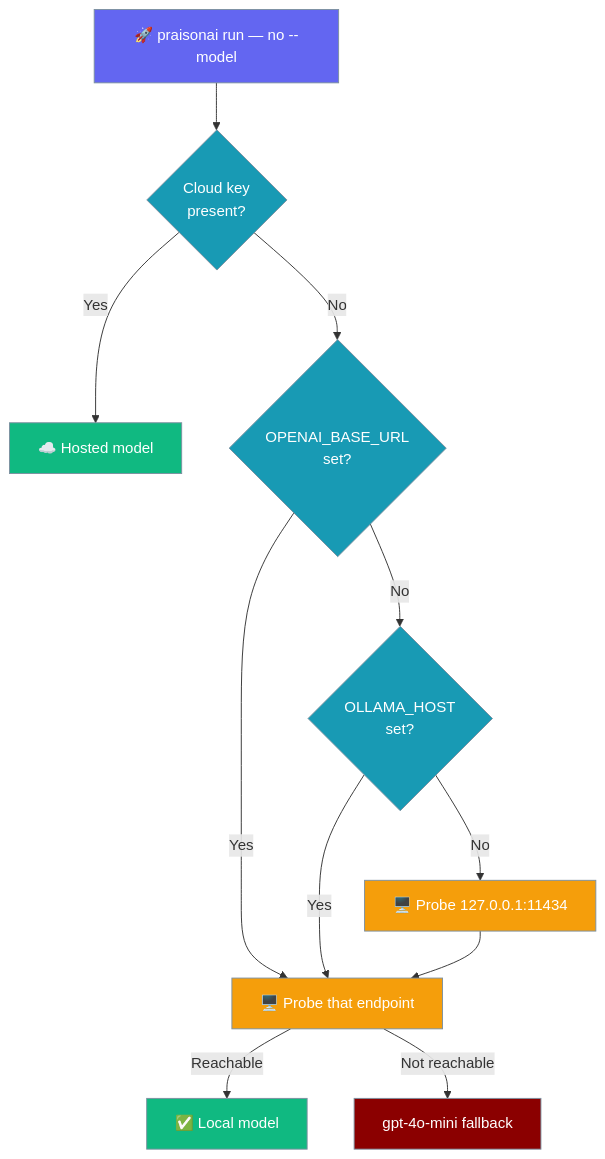
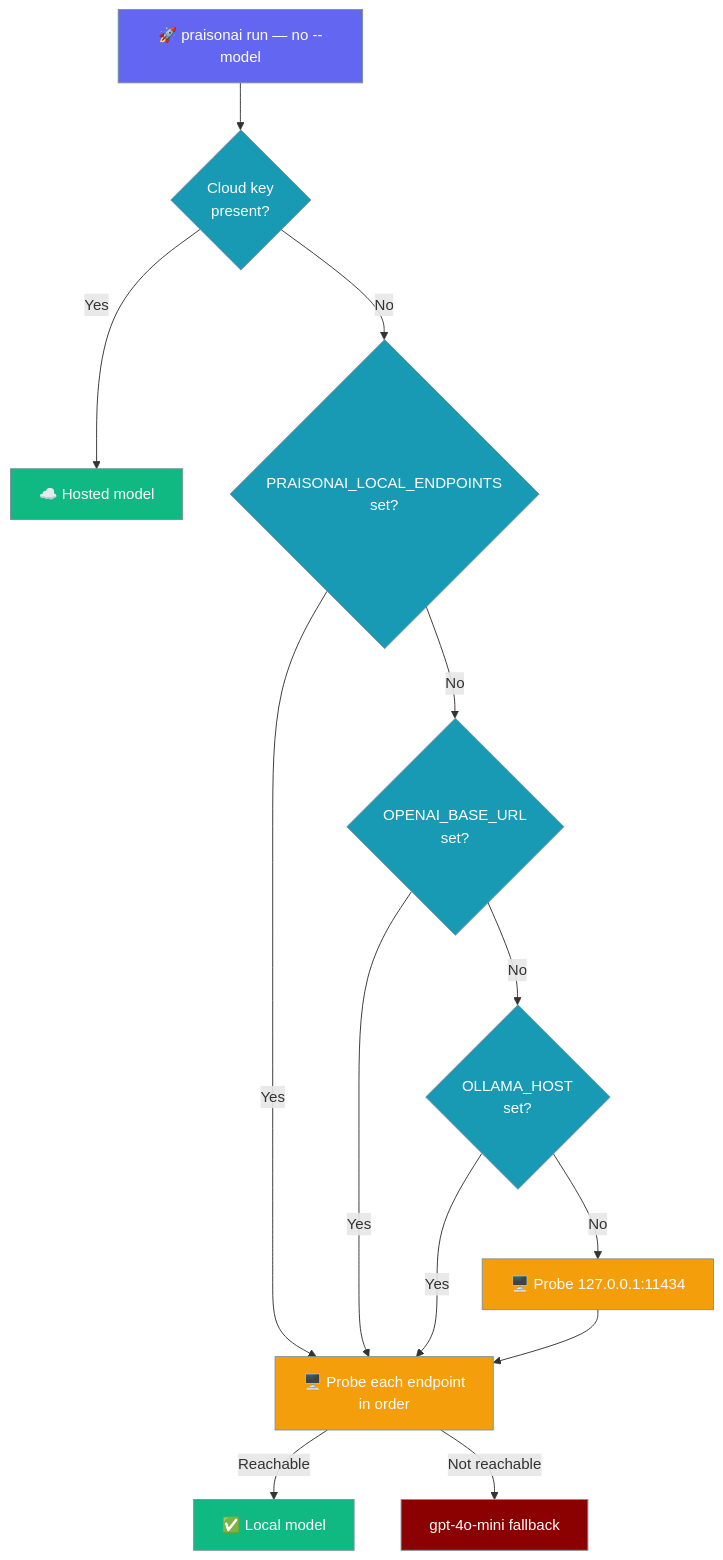
Before and after one commit to MervinPraison/PraisonAIDocs: the second of 2 diagrams in docs/features/keyless-local-first-run.mdx, drawn with Mermaid. The commit also changed other lines of this file, not shown here.

Commit message:
docs: document keyless PRAISONAI_LOCAL_ENDPOINTS and widened runtime probing (fixes #3858)

````diff
--- a/docs/features/keyless-local-first-run.mdx
+++ b/docs/features/keyless-local-first-run.mdx
@@ -70,25 +70,27 @@
 ```mermaid
 graph TB
     A[🚀 praisonai run — no --model] --> B{Cloud key<br/>present?}
     B -->|Yes| H[☁️ Hosted model]
-    B -->|No| C{OPENAI_BASE_URL<br/>set?}
-    C -->|Yes| P[🖥️ Probe that endpoint]
+    B -->|No| G{PRAISONAI_LOCAL_ENDPOINTS<br/>set?}
+    G -->|Yes| P[🖥️ Probe each endpoint<br/>in order]
+    G -->|No| C{OPENAI_BASE_URL<br/>set?}
+    C -->|Yes| P
     C -->|No| D{OLLAMA_HOST<br/>set?}
     D -->|Yes| P
     D -->|No| E[🖥️ Probe 127.0.0.1:11434]
     E --> P
     P -->|Reachable| L[✅ Local model]
     P -->|Not reachable| F[gpt-4o-mini fallback]
 
     classDef start fill:#6366F1,stroke:#7C90A0,color:#fff
     classDef check fill:#189AB4,stroke:#7C90A0,color:#fff
     classDef local fill:#F59E0B,stroke:#7C90A0,color:#fff
     classDef good fill:#10B981,stroke:#7C90A0,color:#fff
     classDef fallback fill:#8B0000,stroke:#7C90A0,color:#fff
 
     class A start
-    class B,C,D check
+    class B,C,D,G check
     class P,E local
     class H,L good
     class F fallback
 ```
````
